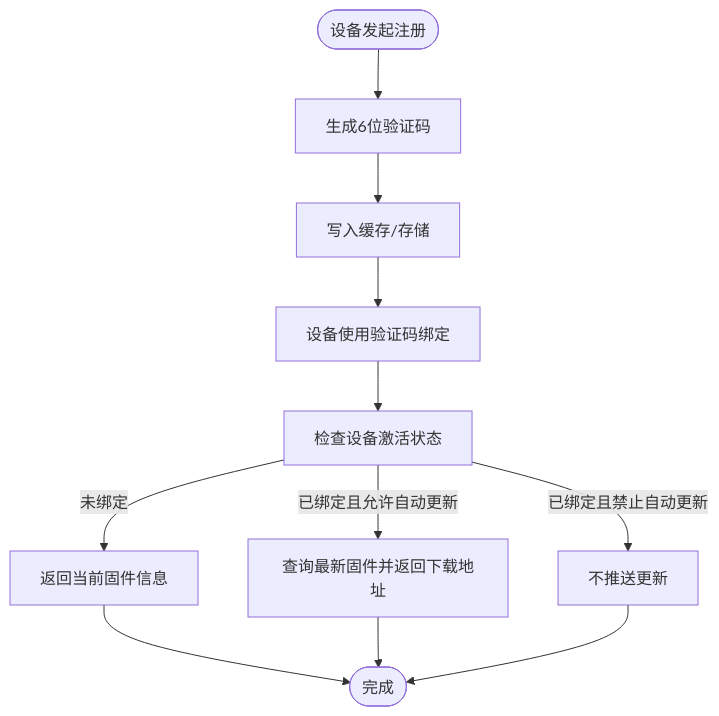
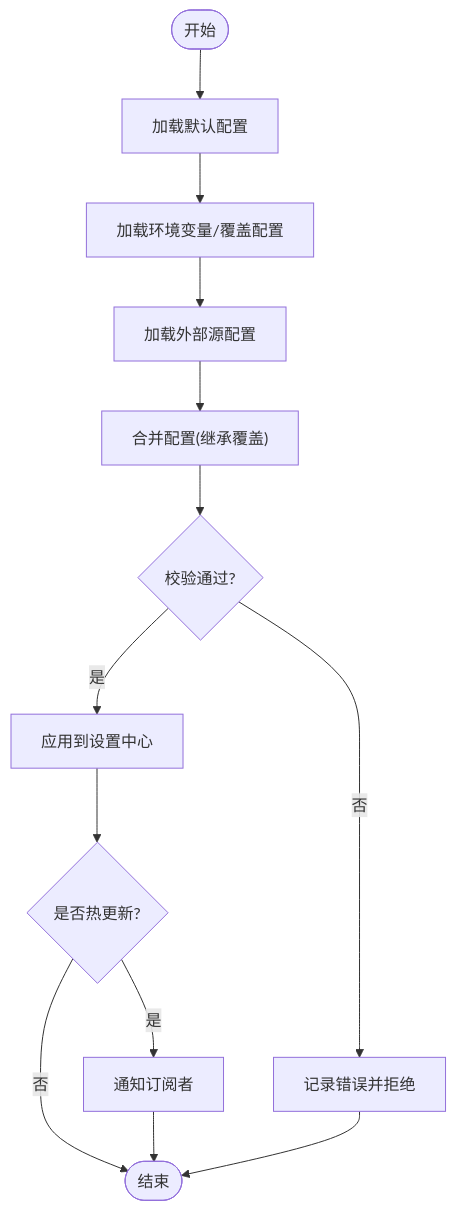
Before and after one commit to haixinke/xiaozhi-esp32-server: the third of 7 diagrams in .qoder/repowiki/zh/content/设备管理/设备配置管理.md, drawn with Mermaid. The commit also changed other lines of this file and 557 other files, not shown here.

````diff
--- a/.qoder/repowiki/zh/content/设备管理/设备配置管理.md
+++ b/.qoder/repowiki/zh/content/设备管理/设备配置管理.md
@@ -200,13 +142,15 @@
 ```mermaid
 flowchart TD
-Start(["设备发起注册"]) --> GenCode["生成6位验证码"]
-GenCode --> Store["写入缓存/存储"]
-Store --> Bind["设备使用验证码绑定"]
-Bind --> CheckActive["检查设备激活状态"]
-CheckActive --> |未绑定| ReturnFW["返回当前固件信息"]
-CheckActive --> |已绑定且允许自动更新| NewFW["查询最新固件并返回下载地址"]
-CheckActive --> |已绑定且禁止自动更新| NoNewFW["不推送更新"]
-ReturnFW --> End(["完成"])
-NewFW --> End
-NoNewFW --> End
+Start(["开始"]) --> LoadDefault["加载默认配置"]
+LoadDefault --> LoadEnv["加载环境变量/覆盖配置"]
+LoadEnv --> LoadExternal["加载外部源配置"]
+LoadExternal --> Merge["合并配置(继承覆盖)"]
+Merge --> Validate{"校验通过?"}
+Validate --> |否| Error["记录错误并拒绝"]
+Validate --> |是| Apply["应用到设置中心"]
+Apply --> Reload{"是否热更新?"}
+Reload --> |是| Push["通知订阅者"]
+Reload --> |否| End(["结束"])
+Push --> End
+Error --> End
 ```
````
